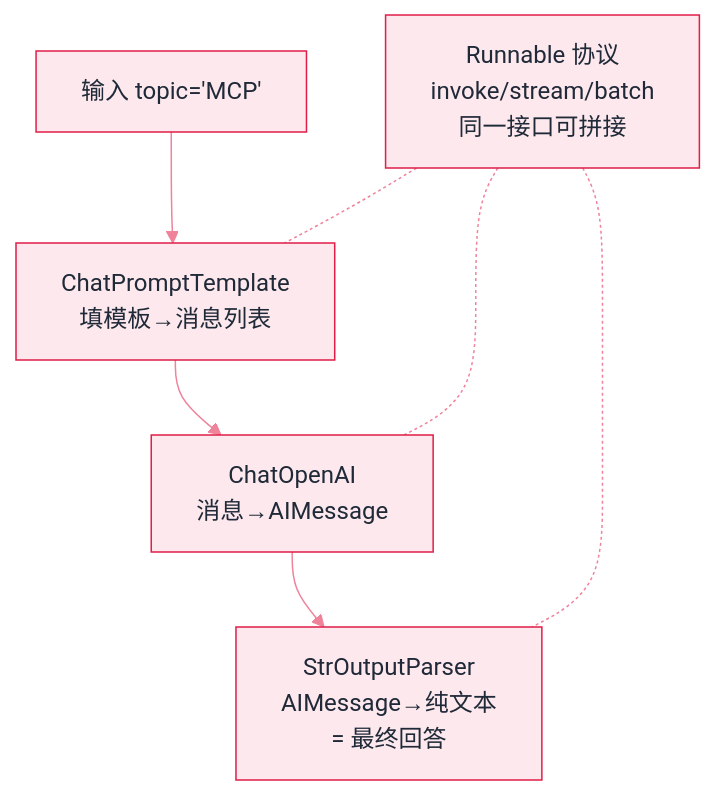
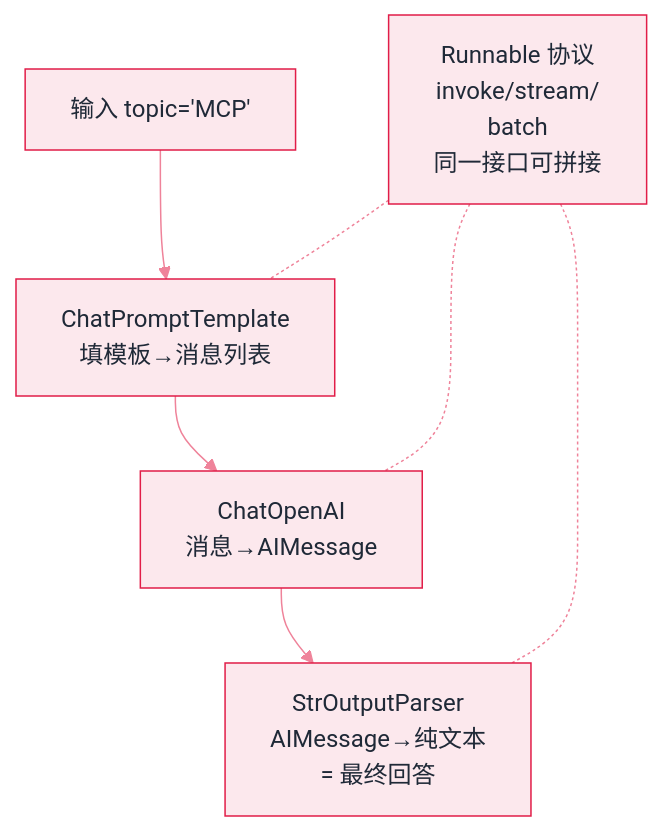
One commit to funny8kids/ai-agent-handbook changed the diagram in docs/09-frameworks/langchain.md. Above: the diagram before and after it, drawn with Mermaid. The commit also changed 7 other files, not shown here.

````diff
--- a/docs/09-frameworks/langchain.md
+++ b/docs/09-frameworks/langchain.md
@@ -77,10 +77,10 @@
 ```mermaid
 %%{init: {"theme":"base","themeVariables":{"primaryColor":"#FCE8ED","primaryBorderColor":"#E11D48","primaryTextColor":"#1F2937","secondaryColor":"#F8CDD7","tertiaryColor":"#FEF6F8","lineColor":"#EF839A","actorBkg":"#FDEDF0","actorBorder":"#E11D48","actorTextColor":"#1F2937","signalColor":"#EA617F","noteBkgColor":"#FAD6DE","noteBorderColor":"#E11D48","noteTextColor":"#1F2937","labelBoxBkgColor":"#FCE8ED","labelBoxBorderColor":"#E11D48"}}}%%
 flowchart TB
   IN["输入 topic='MCP'"] --> A["ChatPromptTemplate<br/>填模板→消息列表"]
   A --> B["ChatOpenAI<br/>消息→AIMessage"]
   B --> C["StrOutputParser<br/>AIMessage→纯文本<br/>= 最终回答"]
-  N["Runnable 协议<br/>invoke/stream/batch<br/>同一接口可拼接"] -.- A
+  N["Runnable 协议<br/>invoke/stream/<br/>batch<br/>同一接口可拼接"] -.- A
   N -.- B
   N -.- C
 ```
````
